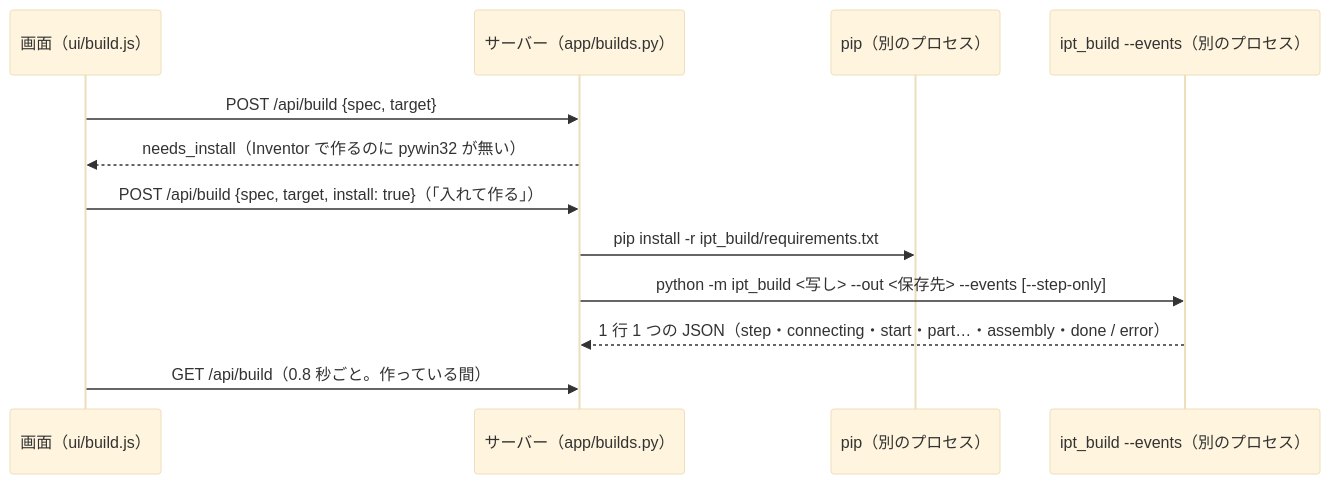
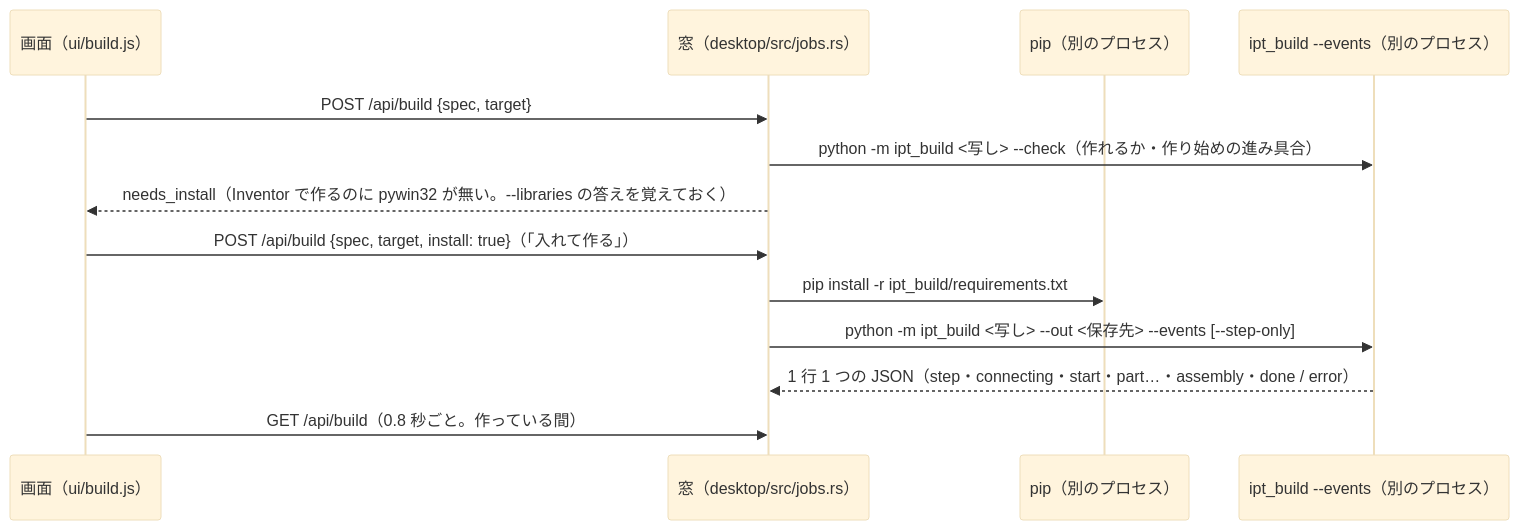
The third of 4 diagrams in docs/app-architecture.md (satoshi-hello-vlioilv/Inventor), drawn with Mermaid (base theme) before and after one commit. The commit also changed other lines of this file and 63 other files, not shown here.

First line of the commit message:
Move to a desktop app: a Tauri (Rust) window replaces Flask and the VBS launcher

````diff
--- a/docs/app-architecture.md
+++ b/docs/app-architecture.md
@@ -376,14 +380,15 @@
 ```mermaid
 sequenceDiagram
   participant A as 画面（ui/build.js）
-  participant S as サーバー（app/builds.py）
+  participant S as 窓（desktop/src/jobs.rs）
   participant P as pip（別のプロセス）
   participant B as ipt_build --events（別のプロセス）
   A->>S: POST /api/build {spec, target}
-  S-->>A: needs_install（Inventor で作るのに pywin32 が無い）
+  S->>B: python -m ipt_build <写し> --check（作れるか・作り始めの進み具合）
+  S-->>A: needs_install（Inventor で作るのに pywin32 が無い。--libraries の答えを覚えておく）
   A->>S: POST /api/build {spec, target, install: true}（「入れて作る」）
   S->>P: pip install -r ipt_build/requirements.txt
   S->>B: python -m ipt_build <写し> --out <保存先> --events [--step-only]
   B-->>S: 1 行 1 つの JSON（step・connecting・start・part…・assembly・done / error）
   A->>S: GET /api/build（0.8 秒ごと。作っている間）
 ```
````
